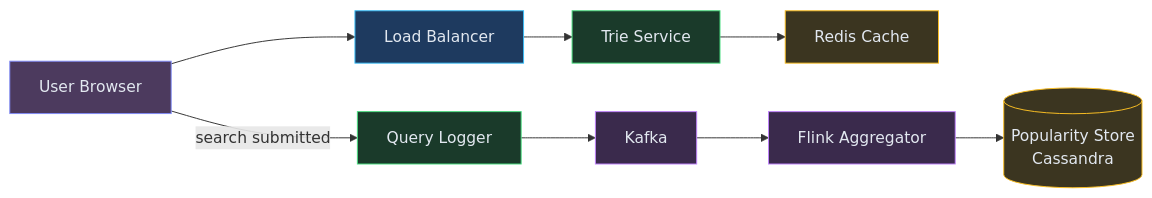
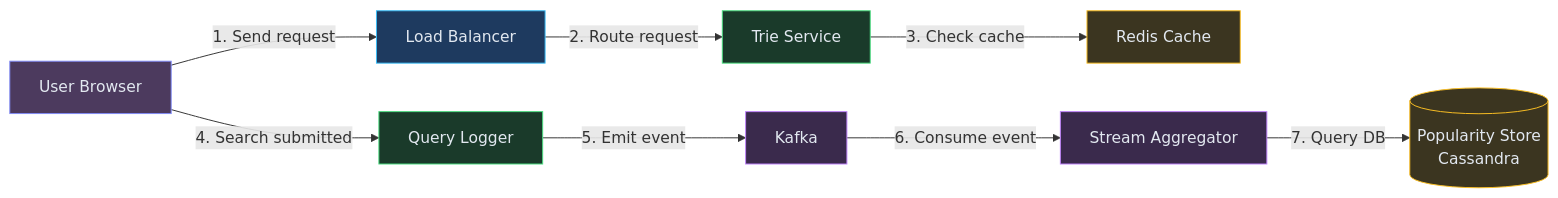
One commit to iluzn/HLD-Designs changed the third of 8 diagrams in content/hld/SearchAutocomplete.md. Above: the diagram before and after it, drawn with Mermaid. The commit also changed other lines of this file and 27 other files, not shown here.

````diff
--- a/content/hld/SearchAutocomplete.md
+++ b/content/hld/SearchAutocomplete.md
@@ -201,25 +201,25 @@
 ```mermaid
 flowchart LR
     USER["User Browser"]:::client
     LB["Load Balancer"]:::edge
     TRIE["Trie Service"]:::service
     CACHE["Redis Cache"]:::data
     QLOG["Query Logger"]:::service
     STREAM["Kafka"]:::async
-    AGG["Flink Aggregator"]:::async
+    AGG["Stream Aggregator"]:::async
     POPDB[("Popularity Store<br/>Cassandra")]:::data
 
-    USER --> LB
-    LB --> TRIE
-    TRIE --> CACHE
-    USER -->|"search submitted"| QLOG
-    QLOG --> STREAM
-    STREAM --> AGG
-    AGG --> POPDB
+    USER -->|"1. Send request"| LB
+    LB -->|"2. Route request"| TRIE
+    TRIE -->|"3. Check cache"| CACHE
+    USER -->|"4. Search submitted"| QLOG
+    QLOG -->|"5. Emit event"| STREAM
+    STREAM -->|"6. Consume event"| AGG
+    AGG -->|"7. Query DB"| POPDB
 
     classDef client fill:#4c3a5e,stroke:#818cf8,color:#e2e8f0
     classDef edge fill:#1e3a5f,stroke:#38bdf8,color:#e2e8f0
     classDef service fill:#1a3a2a,stroke:#4ade80,color:#e2e8f0
     classDef data fill:#3b3520,stroke:#fbbf24,color:#e2e8f0
     classDef async fill:#3a2a4c,stroke:#c084fc,color:#e2e8f0
 ```
````
